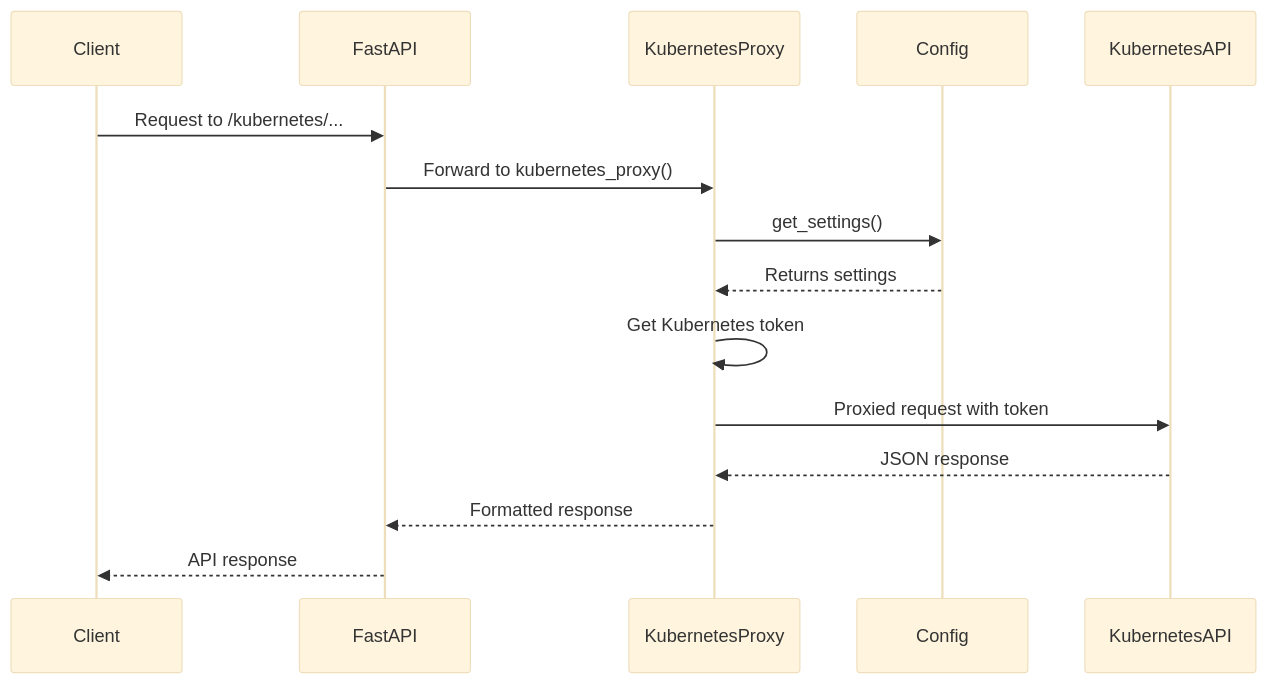
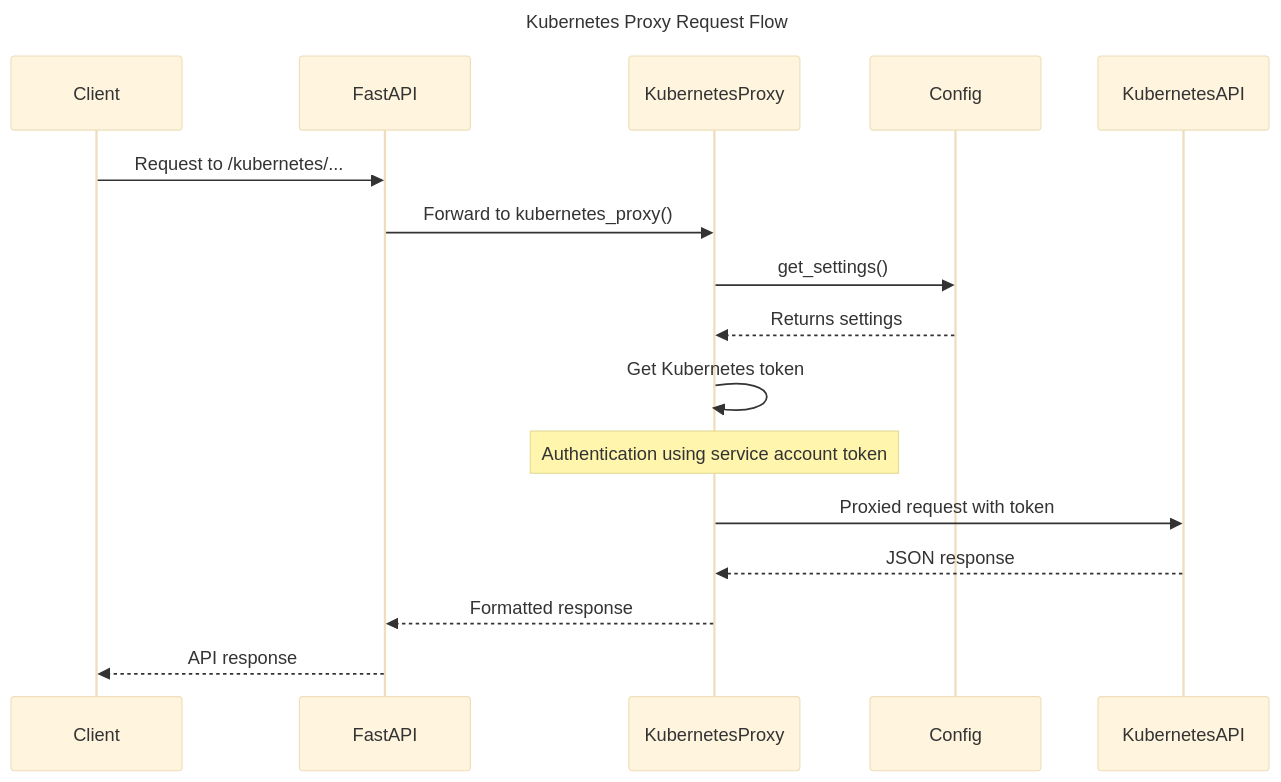
One commit to lloydchang/tvp-k8s changed the diagram in copilot/fastapi/mermaid/kubernetes-proxy-sequence.mermaid. Above: the diagram before and after it, drawn with Mermaid (base theme).

```diff
--- a/copilot/fastapi/mermaid/kubernetes-proxy-sequence.mermaid
+++ b/copilot/fastapi/mermaid/kubernetes-proxy-sequence.mermaid
@@ -1,17 +1,19 @@
 sequenceDiagram
+    title: Kubernetes Proxy Request Flow
     participant Client
     participant FastAPI
     participant KubernetesProxy
     participant Config
     participant KubernetesAPI
     
     Client->>FastAPI: Request to /kubernetes/...
     FastAPI->>KubernetesProxy: Forward to kubernetes_proxy()
     KubernetesProxy->>Config: get_settings()
     Config-->>KubernetesProxy: Returns settings
     
     KubernetesProxy->>KubernetesProxy: Get Kubernetes token
+    Note over KubernetesProxy: Authentication using service account token
     KubernetesProxy->>KubernetesAPI: Proxied request with token
     KubernetesAPI-->>KubernetesProxy: JSON response
     KubernetesProxy-->>FastAPI: Formatted response
     FastAPI-->>Client: API response
```
